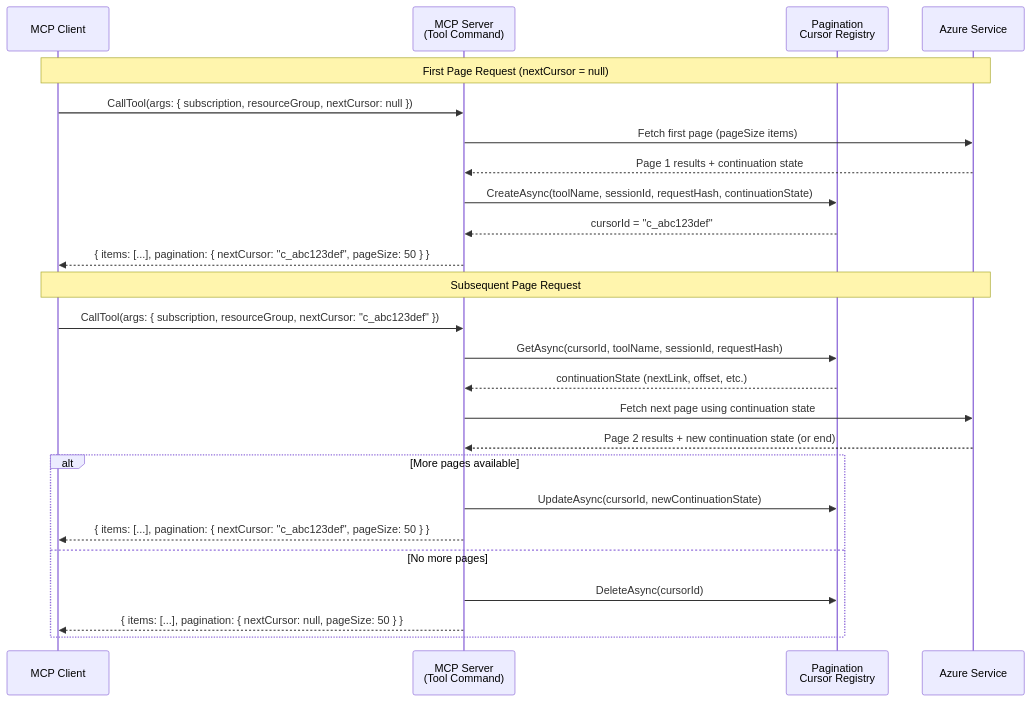
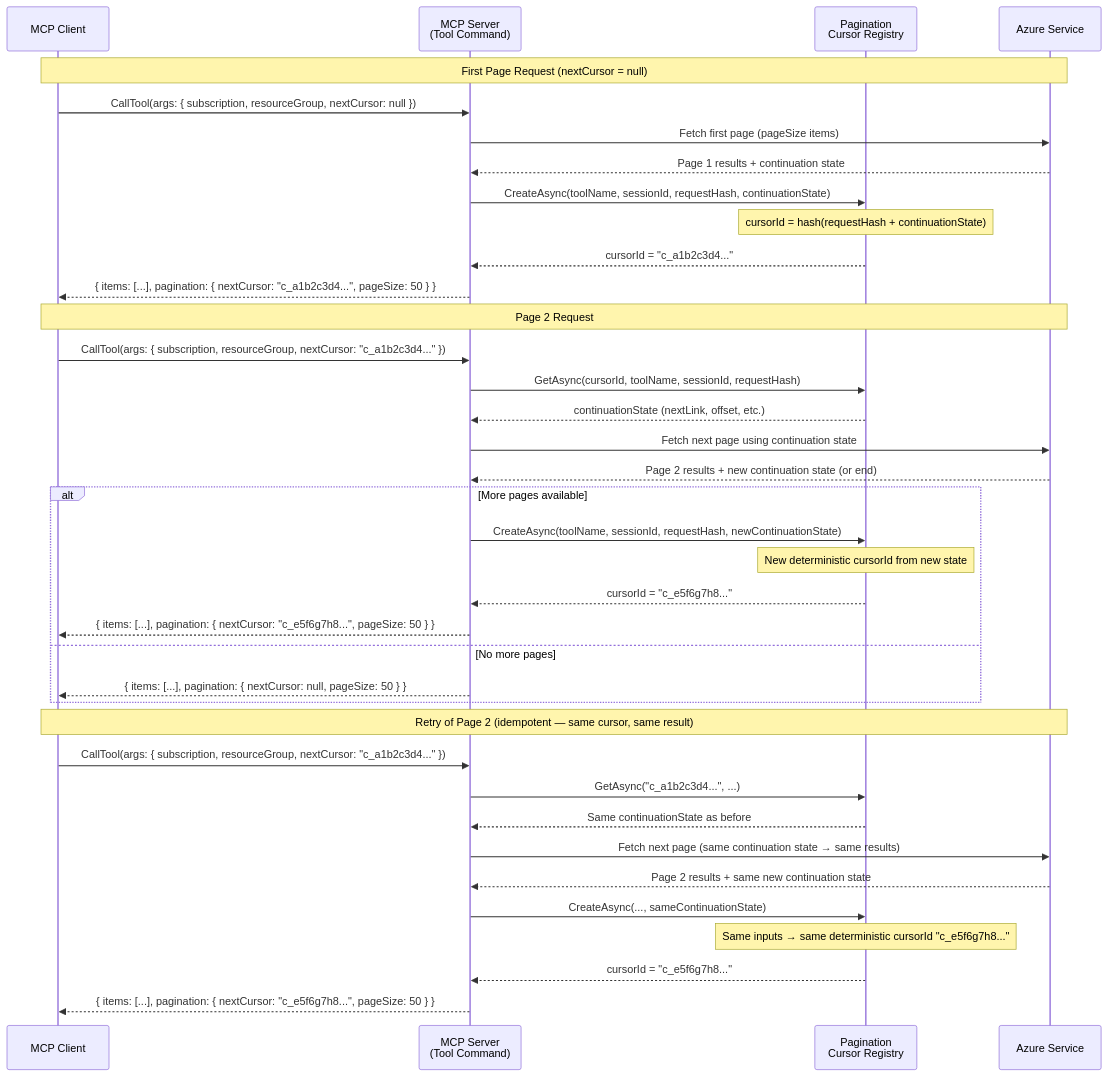
One commit to srnagar/mcp changed the first of 3 diagrams in docs/design/pagination.md. Above: the diagram before and after it, drawn with Mermaid. The commit also changed other lines of this file and 6 other files, not shown here.

````diff
--- a/docs/design/pagination.md
+++ b/docs/design/pagination.md
@@ -49,29 +49,42 @@
 ```mermaid
 sequenceDiagram
     participant Client as MCP Client
     participant Server as MCP Server<br/>(Tool Command)
     participant Cache as Pagination<br/>Cursor Registry
     participant Azure as Azure Service
 
     Note over Client,Azure: First Page Request (nextCursor = null)
     Client->>Server: CallTool(args: { subscription, resourceGroup, nextCursor: null })
     Server->>Azure: Fetch first page (pageSize items)
     Azure-->>Server: Page 1 results + continuation state
     Server->>Cache: CreateAsync(toolName, sessionId, requestHash, continuationState)
-    Cache-->>Server: cursorId = "c_abc123def"
-    Server-->>Client: { items: [...], pagination: { nextCursor: "c_abc123def", pageSize: 50 } }
+    Note over Cache: cursorId = hash(requestHash + continuationState)
+    Cache-->>Server: cursorId = "c_a1b2c3d4..."
+    Server-->>Client: { items: [...], pagination: { nextCursor: "c_a1b2c3d4...", pageSize: 50 } }
 
-    Note over Client,Azure: Subsequent Page Request
-    Client->>Server: CallTool(args: { subscription, resourceGroup, nextCursor: "c_abc123def" })
+    Note over Client,Azure: Page 2 Request
+    Client->>Server: CallTool(args: { subscription, resourceGroup, nextCursor: "c_a1b2c3d4..." })
     Server->>Cache: GetAsync(cursorId, toolName, sessionId, requestHash)
     Cache-->>Server: continuationState (nextLink, offset, etc.)
     Server->>Azure: Fetch next page using continuation state
     Azure-->>Server: Page 2 results + new continuation state (or end)
     alt More pages available
-        Server->>Cache: UpdateAsync(cursorId, newContinuationState)
-        Server-->>Client: { items: [...], pagination: { nextCursor: "c_abc123def", pageSize: 50 } }
+        Server->>Cache: CreateAsync(toolName, sessionId, requestHash, newContinuationState)
+        Note over Cache: New deterministic cursorId from new state
+        Cache-->>Server: cursorId = "c_e5f6g7h8..."
+        Server-->>Client: { items: [...], pagination: { nextCursor: "c_e5f6g7h8...", pageSize: 50 } }
     else No more pages
-        Server->>Cache: DeleteAsync(cursorId)
         Server-->>Client: { items: [...], pagination: { nextCursor: null, pageSize: 50 } }
     end
+
+    Note over Client,Azure: Retry of Page 2 (idempotent — same cursor, same result)
+    Client->>Server: CallTool(args: { subscription, resourceGroup, nextCursor: "c_a1b2c3d4..." })
+    Server->>Cache: GetAsync("c_a1b2c3d4...", ...)
+    Cache-->>Server: Same continuationState as before
+    Server->>Azure: Fetch next page (same continuation state → same results)
+    Azure-->>Server: Page 2 results + same new continuation state
+    Server->>Cache: CreateAsync(..., sameContinuationState)
+    Note over Cache: Same inputs → same deterministic cursorId "c_e5f6g7h8..."
+    Cache-->>Server: cursorId = "c_e5f6g7h8..."
+    Server-->>Client: { items: [...], pagination: { nextCursor: "c_e5f6g7h8...", pageSize: 50 } }
 ```
````
